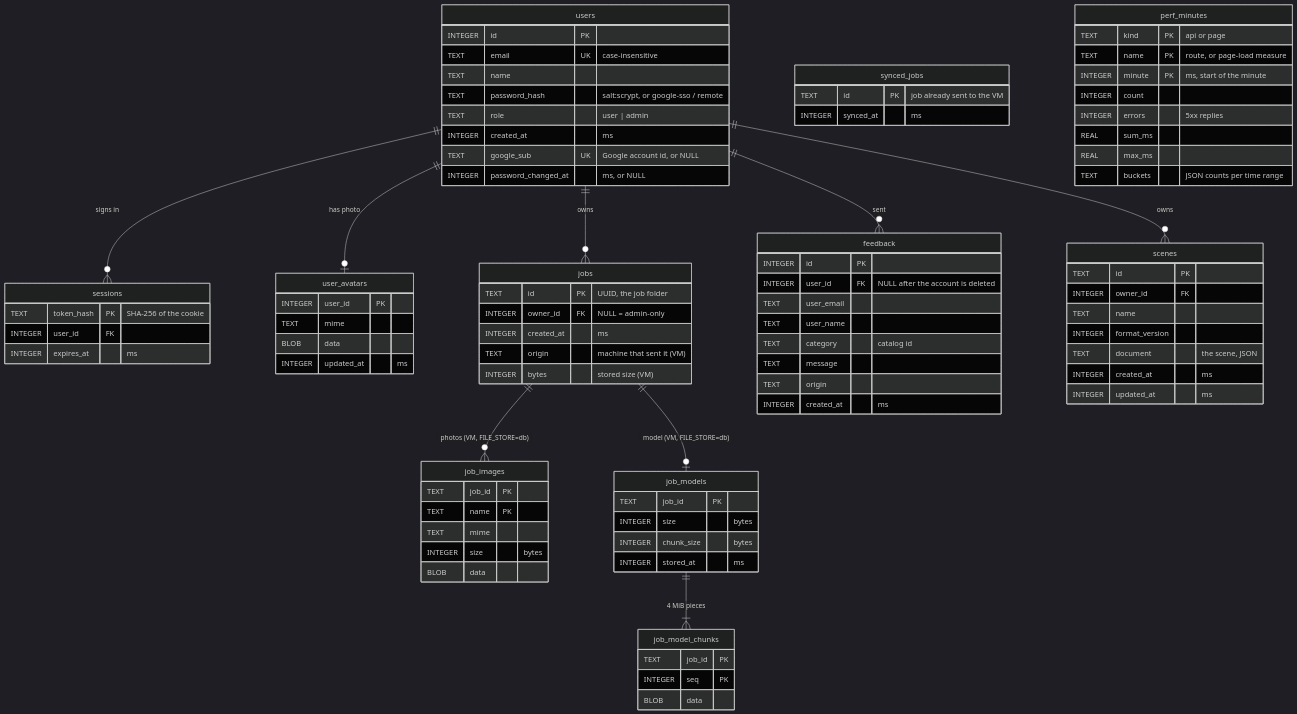
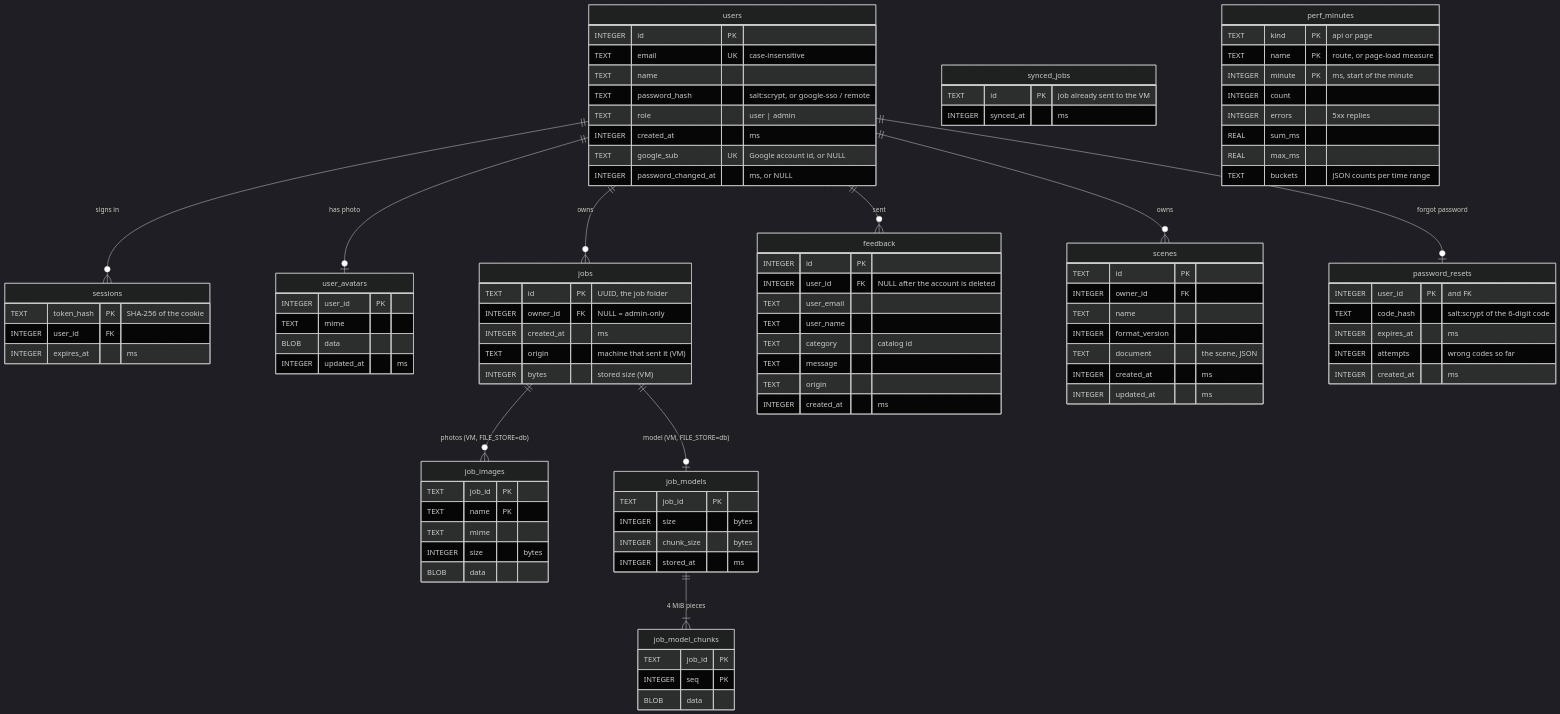
Before and after one commit to ethanngyl/Gam300-350: the diagram in docs/data-schema.md, drawn with Mermaid (dark theme). The commit also changed other lines of this file and 21 other files, not shown here.

Commit message:
SCRUM-178: Let Users Change Password by email

````diff
--- a/docs/data-schema.md
+++ b/docs/data-schema.md
@@ -41,6 +41,7 @@
     users ||--o{ jobs : "owns"
     users ||--o{ feedback : "sent"
     users ||--o{ scenes : "owns"
+    users ||--o| password_resets : "forgot password"
     jobs ||--o{ job_images : "photos (VM, FILE_STORE=db)"
     jobs ||--o| job_models : "model (VM, FILE_STORE=db)"
     job_models ||--|{ job_model_chunks : "4 MiB pieces"
@@ -124,4 +125,11 @@
         REAL max_ms
         TEXT buckets "JSON counts per time range"
     }
+    password_resets {
+        INTEGER user_id PK "and FK"
+        TEXT code_hash "salt:scrypt of the 6-digit code"
+        INTEGER expires_at "ms"
+        INTEGER attempts "wrong codes so far"
+        INTEGER created_at "ms"
+    }
 ```
````
